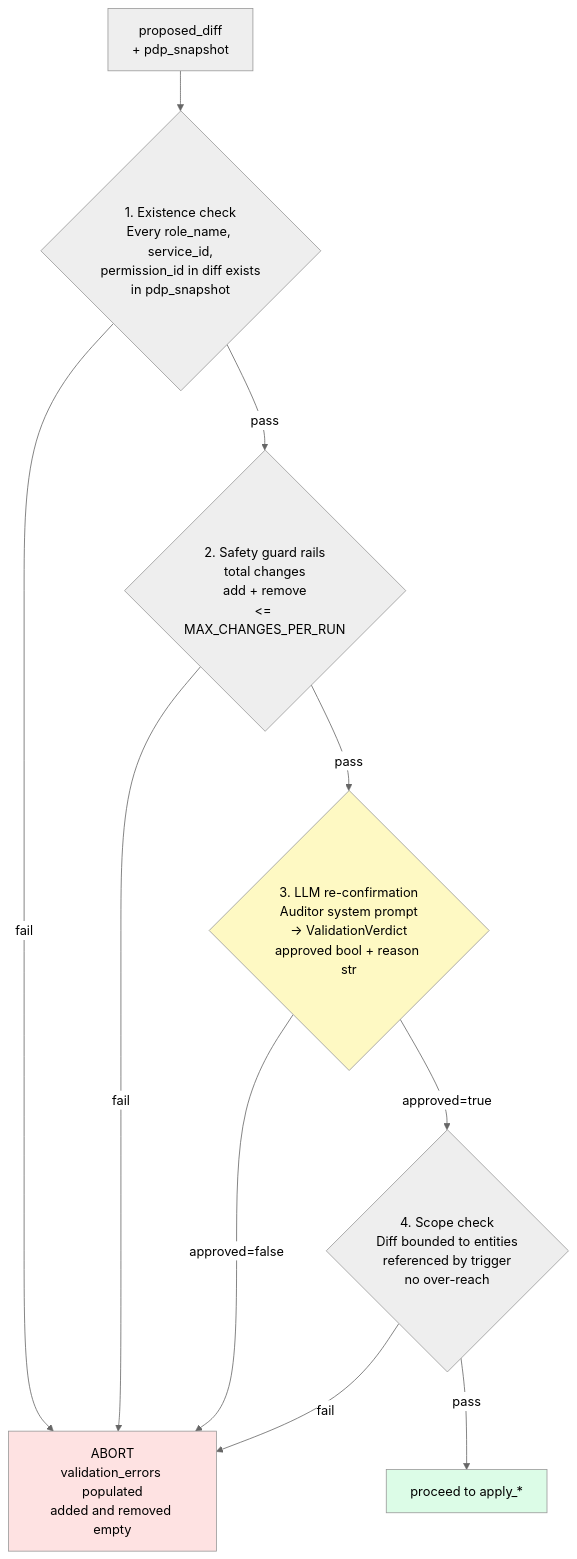
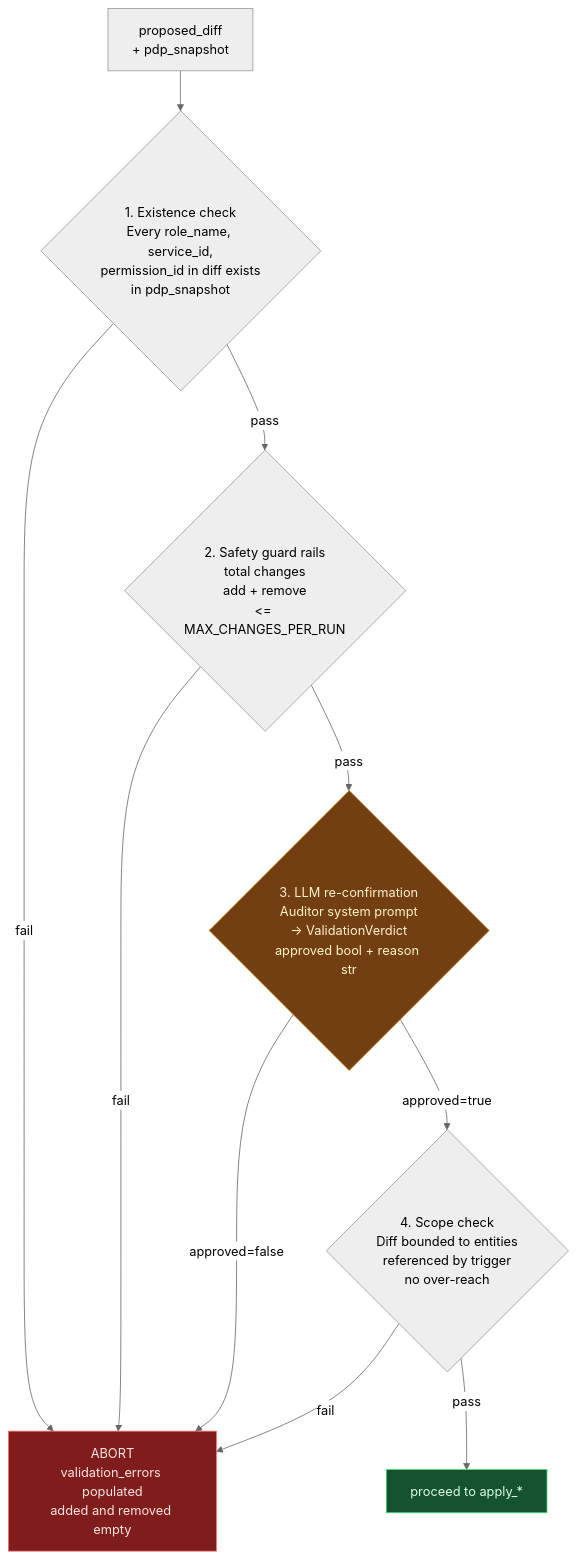
One commit to rossoctl/aiac changed the third of 3 diagrams in inception/requirements/components/aiac-agent.md. Above: the diagram before and after it, drawn with Mermaid (neutral theme). The commit also changed 4 other files, not shown here.

First line of the commit message:
docs: fix Mermaid node colors for dark theme readability

````diff
--- a/inception/requirements/components/aiac-agent.md
+++ b/inception/requirements/components/aiac-agent.md
@@ -249,24 +249,24 @@
 ```mermaid
 flowchart TD
     IN["proposed_diff\n+ pdp_snapshot"] --> C1
 
     C1{"1. Existence check\nEvery role_name, service_id,\npermission_id in diff exists\nin pdp_snapshot"}
     C1 -->|"fail"| ABORT["ABORT\nvalidation_errors populated\nadded and removed empty"]
     C1 -->|"pass"| C2
 
     C2{"2. Safety guard rails\ntotal changes\nadd + remove\n<= MAX_CHANGES_PER_RUN"}
     C2 -->|"fail"| ABORT
     C2 -->|"pass"| C3
 
     C3{"3. LLM re-confirmation\nAuditor system prompt\n-> ValidationVerdict\napproved bool + reason str"}
     C3 -->|"approved=false"| ABORT
     C3 -->|"approved=true"| C4
 
     C4{"4. Scope check\nDiff bounded to entities\nreferenced by trigger\nno over-reach"}
     C4 -->|"fail"| ABORT
     C4 -->|"pass"| APPLY["proceed to apply_*"]
 
-    style ABORT fill:#fee2e2
-    style APPLY fill:#dcfce7
-    style C3 fill:#fef9c3
+    style ABORT fill:#7f1d1d,color:#fee2e2,stroke:#f87171
+    style APPLY fill:#14532d,color:#dcfce7,stroke:#4ade80
+    style C3 fill:#713f12,color:#fef3c7,stroke:#d97706
 ```
````
